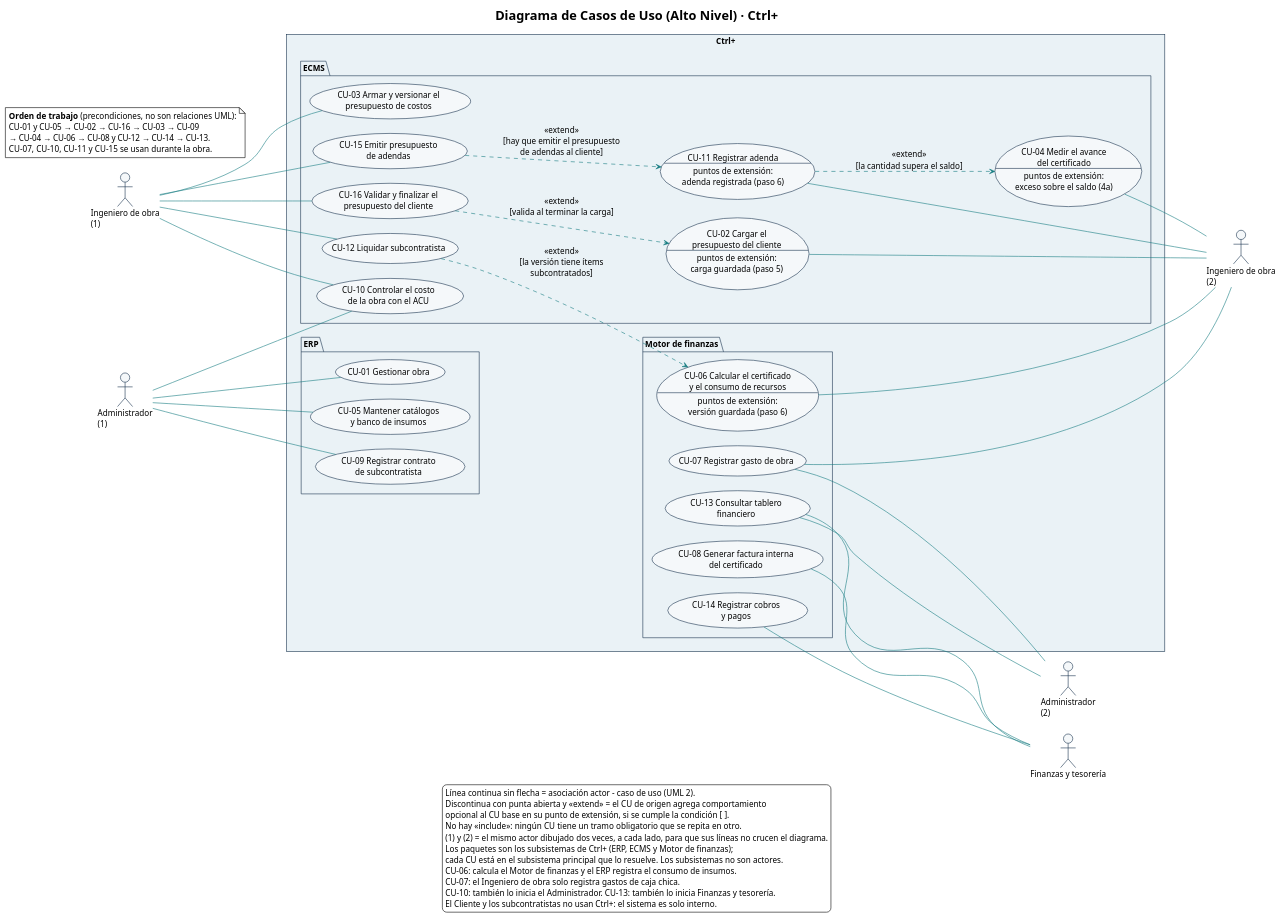
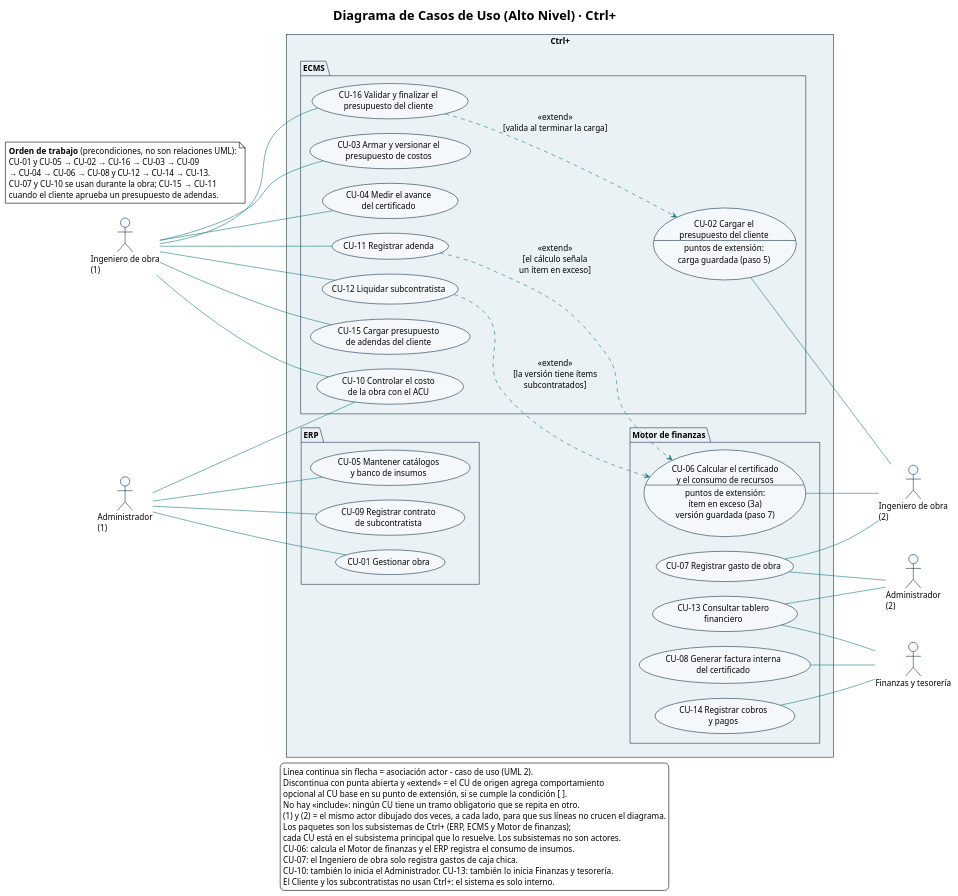
One commit to Ssrrb/tpf-uca changed the diagram in diagramas/CU-00-casos-de-uso-alto-nivel.puml. Above: the diagram before and after it, drawn with PlantUML. The commit also changed 16 other files, not shown here.

First line of the commit message:
Exceso por monto en el cálculo y adendas por paquete

```diff
--- a/diagramas/CU-00-casos-de-uso-alto-nivel.puml
+++ b/diagramas/CU-00-casos-de-uso-alto-nivel.puml
@@ -1,113 +1,113 @@
 @startuml
 !theme plain
 skinparam style strictuml
 title Diagrama de Casos de Uso (Alto Nivel) · Ctrl+
 skinparam shadowing false
 skinparam defaultFontName Arial
 skinparam defaultFontSize 14
 skinparam ArrowColor #167C80
 skinparam actor {
   BackgroundColor #F5F8FA
   BorderColor #17324D
 }
 skinparam usecase {
   BackgroundColor #F5F8FA
   BorderColor #17324D
 }
 skinparam rectangle {
   BackgroundColor #FFFFFF
   BorderColor #17324D
 }
 skinparam package {
   BackgroundColor #EAF2F6
   BorderColor #17324D
 }
 left to right direction
 skinparam nodesep 25
 skinparam ranksep 110
 
 actor "Ingeniero de obra\n(1)" as ING
 actor "Administrador\n(1)" as ADM
 actor "Ingeniero de obra\n(2)" as ING2
 actor "Administrador\n(2)" as ADM2
 actor "Finanzas y tesorería" as FIN
 
 rectangle "Ctrl+" {
   package "ERP" {
     usecase "CU-01 Gestionar obra" as CU01
     usecase "CU-05 Mantener catálogos\ny banco de insumos" as CU05
     usecase "CU-09 Registrar contrato\nde subcontratista" as CU09
   }
   package "ECMS" {
     usecase "CU-02 Cargar el\npresupuesto del cliente\n--\npuntos de extensión:\ncarga guardada (paso 5)" as CU02
     usecase "CU-16 Validar y finalizar el\npresupuesto del cliente" as CU16
     usecase "CU-03 Armar y versionar el\npresupuesto de costos" as CU03
-    usecase "CU-04 Medir el avance\ndel certificado\n--\npuntos de extensión:\nexceso sobre el saldo (4a)" as CU04
+    usecase "CU-04 Medir el avance\ndel certificado" as CU04
     usecase "CU-10 Controlar el costo\nde la obra con el ACU" as CU10
-    usecase "CU-11 Registrar adenda\n--\npuntos de extensión:\nadenda registrada (paso 6)" as CU11
+    usecase "CU-11 Registrar adenda" as CU11
     usecase "CU-12 Liquidar subcontratista" as CU12
-    usecase "CU-15 Emitir presupuesto\nde adendas" as CU15
+    usecase "CU-15 Cargar presupuesto\nde adendas del cliente" as CU15
   }
   package "Motor de finanzas" {
-    usecase "CU-06 Calcular el certificado\ny el consumo de recursos\n--\npuntos de extensión:\nversión guardada (paso 6)" as CU06
+    usecase "CU-06 Calcular el certificado\ny el consumo de recursos\n--\npuntos de extensión:\nítem en exceso (3a)\nversión guardada (paso 7)" as CU06
     usecase "CU-07 Registrar gasto de obra" as CU07
     usecase "CU-08 Generar factura interna\ndel certificado" as CU08
     usecase "CU-13 Consultar tablero\nfinanciero" as CU13
     usecase "CU-14 Registrar cobros\ny pagos" as CU14
   }
 }
 
 ' Relaciones entre casos de uso (UML 2: del que extiende al caso base)
 CU16 ..> CU02 : <<extend>>\n[valida al terminar la carga]
-CU11 ..> CU04 : <<extend>>\n[la cantidad supera el saldo]
-CU15 ..> CU11 : <<extend>>\n[hay que emitir el presupuesto\nde adendas al cliente]
+CU11 ..> CU06 : <<extend>>\n[el cálculo señala\nun ítem en exceso]
 CU12 ..> CU06 : <<extend>>\n[la versión tiene ítems\nsubcontratados]
 
 ' Los actores (1) quedan a la izquierda y los (2) a la derecha,
 ' junto a los CU que usan, para que ninguna asociación cruce el diagrama.
 ' Ingeniero de obra (1): CU del ECMS que quedan a la izquierda
 ING -- CU16
 ING -- CU15
+ING -- CU11
+ING -- CU04
 ING -- CU12
 ING -- CU03
 ING -- CU10
 
 ' Administrador (1): ERP y control de costos
 ADM -- CU10
 ADM -- CU01
 ADM -- CU05
 ADM -- CU09
 
 ' Ingeniero de obra (2), Administrador (2) y Finanzas y tesorería: a la derecha
 CU02 -- ING2
-CU11 -- ING2
-CU04 -- ING2
 CU06 -- ING2
 CU07 -- ING2
 CU07 -- ADM2
 CU13 -- ADM2
 CU13 -- FIN
 CU08 -- FIN
 CU14 -- FIN
 
 note as ORDEN
   <b>Orden de trabajo</b> (precondiciones, no son relaciones UML):
   CU-01 y CU-05 → CU-02 → CU-16 → CU-03 → CU-09
   → CU-04 → CU-06 → CU-08 y CU-12 → CU-14 → CU-13.
-  CU-07, CU-10, CU-11 y CU-15 se usan durante la obra.
+  CU-07 y CU-10 se usan durante la obra; CU-15 → CU-11
+  cuando el cliente aprueba un presupuesto de adendas.
 end note
 
 legend bottom
   Línea continua sin flecha = asociación actor - caso de uso (UML 2).
   Discontinua con punta abierta y «extend» = el CU de origen agrega comportamiento
   opcional al CU base en su punto de extensión, si se cumple la condición [ ].
   No hay «include»: ningún CU tiene un tramo obligatorio que se repita en otro.
   (1) y (2) = el mismo actor dibujado dos veces, a cada lado, para que sus líneas no crucen el diagrama.
   Los paquetes son los subsistemas de Ctrl+ (ERP, ECMS y Motor de finanzas);
   cada CU está en el subsistema principal que lo resuelve. Los subsistemas no son actores.
   CU-06: calcula el Motor de finanzas y el ERP registra el consumo de insumos.
   CU-07: el Ingeniero de obra solo registra gastos de caja chica.
   CU-10: también lo inicia el Administrador. CU-13: también lo inicia Finanzas y tesorería.
   El Cliente y los subcontratistas no usan Ctrl+: el sistema es solo interno.
 endlegend
 @enduml
```
